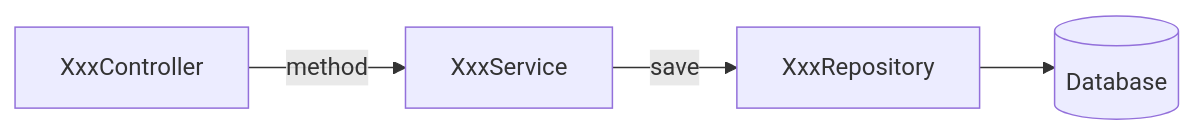
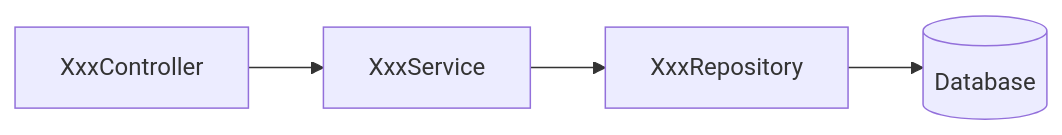
The fifth of 6 diagrams in skills/design-doc-required/template.md (exception-coder/team-standards), drawn with Mermaid before and after one commit. The commit also changed other lines of this file and 13 other files, not shown here.

````diff
--- a/skills/design-doc-required/template.md
+++ b/skills/design-doc-required/template.md
@@ -177,6 +169,6 @@
 ```mermaid
 graph LR
-    A[XxxController] -->|method| B[XxxService]
-    B -->|save| C[XxxRepository]
+    A[XxxController] --> B[XxxService]
+    B --> C[XxxRepository]
     C --> D[(Database)]
 ```
````
